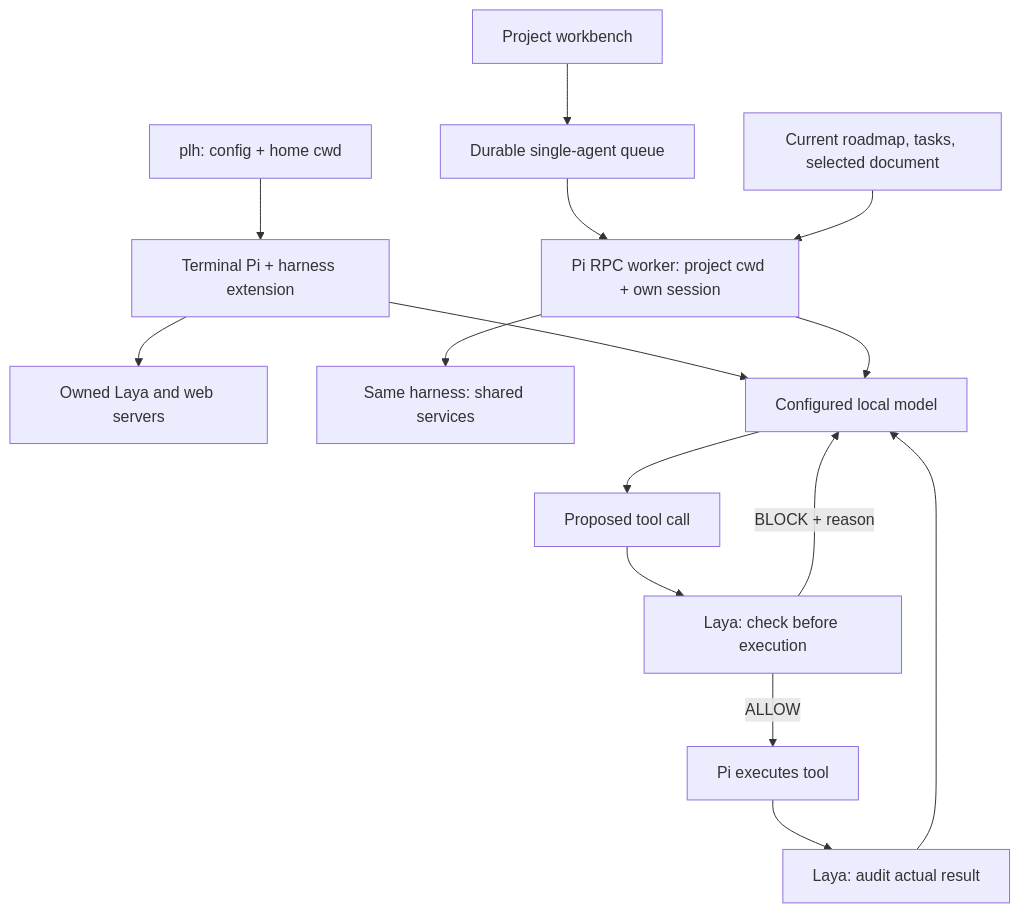
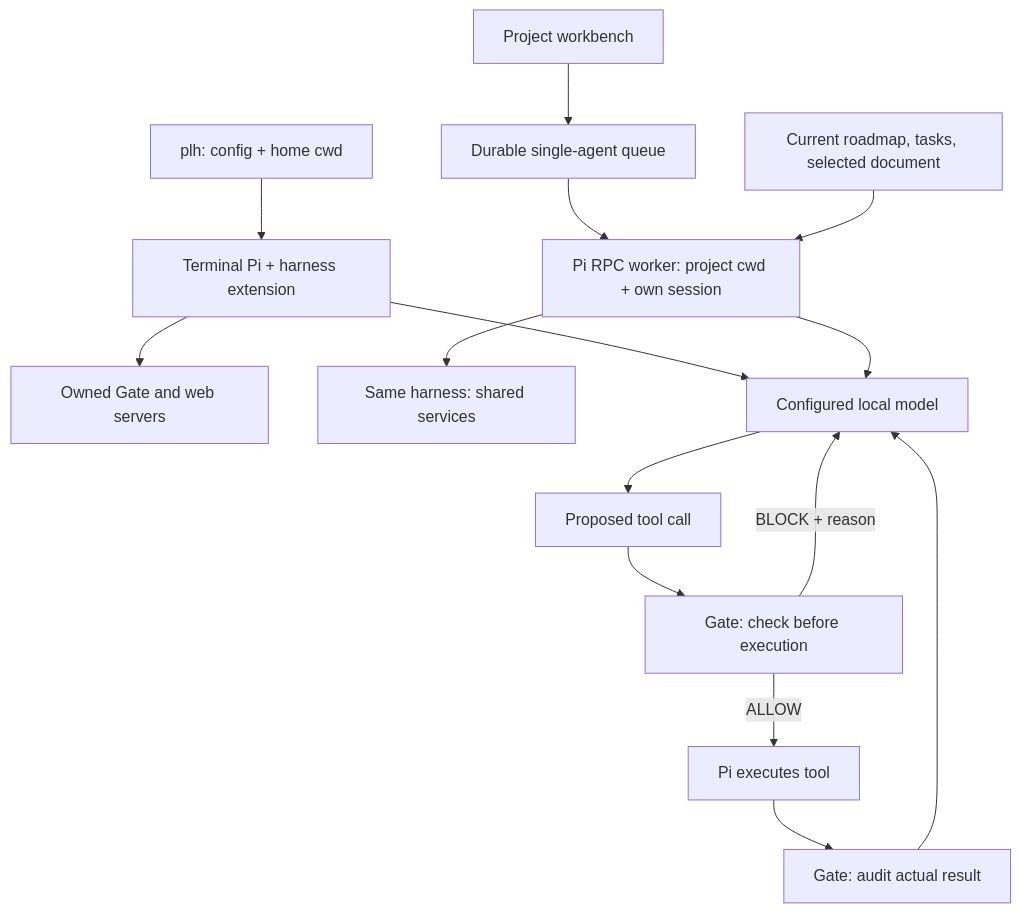
One commit to KakkoiDev/pi-local-harness changed the diagram in readme.md. Above: the diagram before and after it, drawn with Mermaid. The commit also changed other lines of this file and 106 other files, not shown here.

Commit message:
refactor: rename Laya to Gate across code, files, runtime names and UI (task 96)

````diff
--- a/readme.md
+++ b/readme.md
@@ -128,17 +128,17 @@
 ```mermaid
 flowchart TD
     Launch[plh: config + home cwd] --> Pi[Terminal Pi + harness extension]
-    Pi --> Services[Owned Laya and web servers]
+    Pi --> Services[Owned Gate and web servers]
     Browser[Project workbench] --> Queue[Durable single-agent queue]
     Queue --> Worker[Pi RPC worker: project cwd + own session]
     Docs[Current roadmap, tasks, selected document] --> Worker
     Worker --> Extension[Same harness: shared services]
     Pi --> Model[Configured local model]
     Worker --> Model
     Model --> Proposal[Proposed tool call]
-    Proposal --> Gate[Laya: check before execution]
+    Proposal --> Gate[Gate: check before execution]
     Gate -->|ALLOW| Tool[Pi executes tool]
     Gate -->|BLOCK + reason| Model
-    Tool --> Audit[Laya: audit actual result]
+    Tool --> Audit[Gate: audit actual result]
     Audit --> Model
 ```
````
